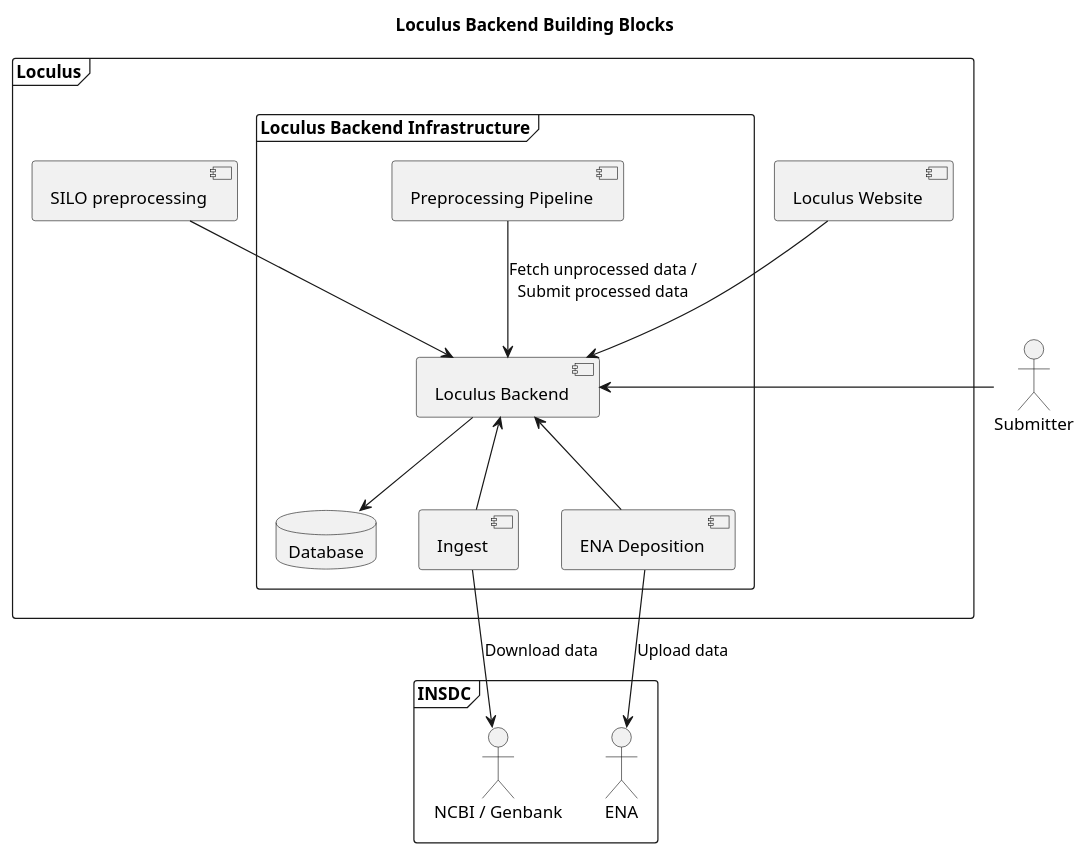
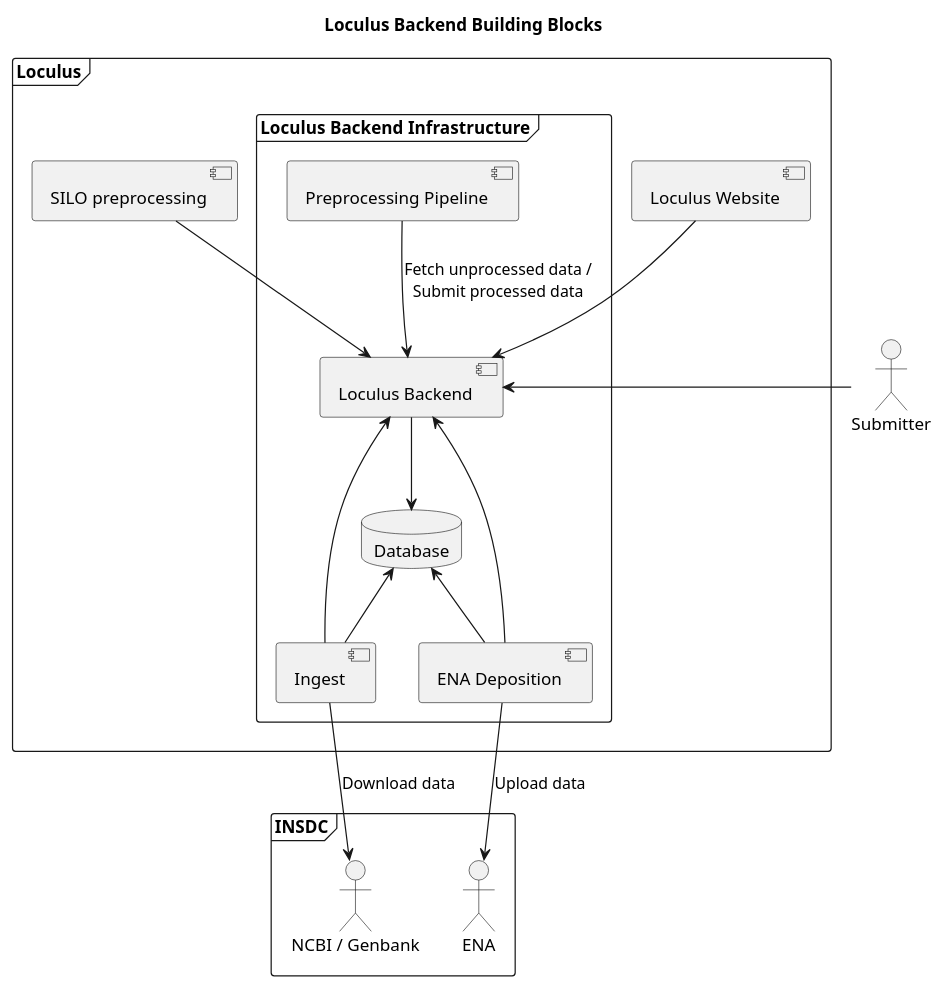
Before and after one commit to loculus-project/loculus: the diagram in architecture_docs/plantuml/05_level_2_backend.puml, drawn with PlantUML. The commit also changed 2 other files, not shown here.

Commit message:
arc42 ena deposition risk and technical debt

```diff
--- a/architecture_docs/plantuml/05_level_2_backend.puml
+++ b/architecture_docs/plantuml/05_level_2_backend.puml
@@ -1,37 +1,39 @@
 @startuml
 
 title Loculus Backend Building Blocks
 
 actor Submitter as submitter
 frame INSDC {
     actor "NCBI / Genbank" as ncbi
     actor ENA as ena
 }
 
 frame Loculus {
     component "Loculus Website" as website
     component "SILO preprocessing" as silo_prepro
 
     frame "Loculus Backend Infrastructure" {
         component "Backend API" as backend
         database "Database" as db
         component "Preprocessing Pipeline" as prepro
         component "Ingest" as ingest
         component "ENA Deposition" as deposition
         component "Loculus Backend" as backend
     }
 }
 
 submitter -left-> backend
 website --> backend
 silo_prepro --> backend
 backend --> db
 prepro --> backend : Fetch unprocessed data /\nSubmit processed data
 
 ingest -up-> backend
+ingest -up-> db
 ingest --> ncbi : Download data
 
 deposition -up-> backend
+deposition -up-> db
 deposition --> ena : Upload data
 
 @enduml
```
